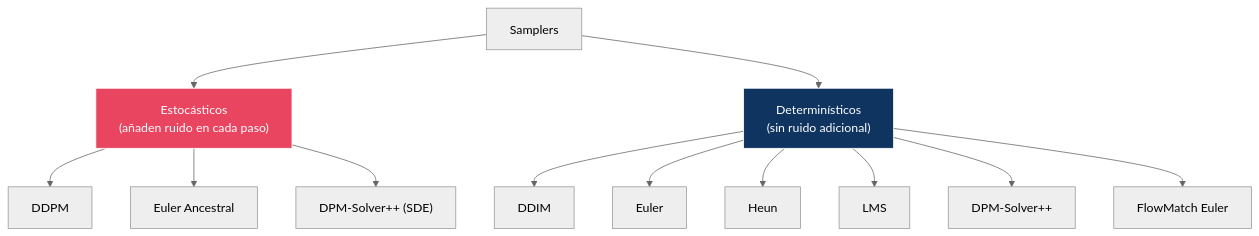
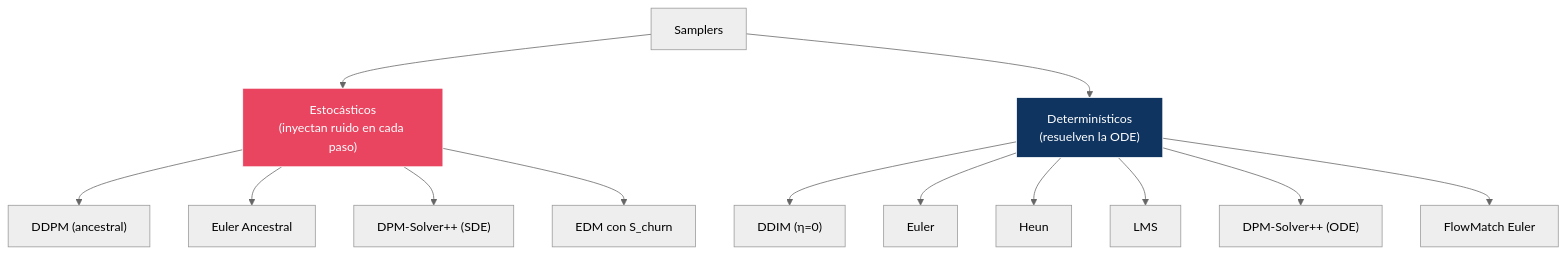
One commit to DavidDevGt/DifusionReal changed the second of 3 diagrams in 08-sampling/README.md. Above: the diagram before and after it, drawn with Mermaid (neutral theme). The commit also changed other lines of this file, not shown here.

````diff
--- a/08-sampling/README.md
+++ b/08-sampling/README.md
@@ -39,21 +55,22 @@
 ```mermaid
 graph TB
     ROOT["Samplers"]
 
-    ROOT --> STOCH["Estocásticos<br/>(añaden ruido en cada paso)"]
-    ROOT --> DET["Determinísticos<br/>(sin ruido adicional)"]
+    ROOT --> STOCH["Estocásticos<br/>(inyectan ruido en cada paso)"]
+    ROOT --> DET["Determinísticos<br/>(resuelven la ODE)"]
 
-    STOCH --> DDPM_S["DDPM"]
+    STOCH --> DDPM_S["DDPM (ancestral)"]
     STOCH --> EULER_A["Euler Ancestral"]
     STOCH --> DPM_A["DPM-Solver++ (SDE)"]
+    STOCH --> CHURN["EDM con S_churn"]
 
-    DET --> DDIM_S["DDIM"]
+    DET --> DDIM_S["DDIM (η=0)"]
     DET --> EULER_S["Euler"]
     DET --> HEUN["Heun"]
     DET --> LMS_S["LMS"]
-    DET --> DPM_S["DPM-Solver++"]
+    DET --> DPM_S["DPM-Solver++ (ODE)"]
     DET --> FM_EULER["FlowMatch Euler"]
 
     style STOCH fill:#e94560,stroke:#fff,color:#fff
     style DET fill:#0f3460,stroke:#fff,color:#fff
 ```
````
